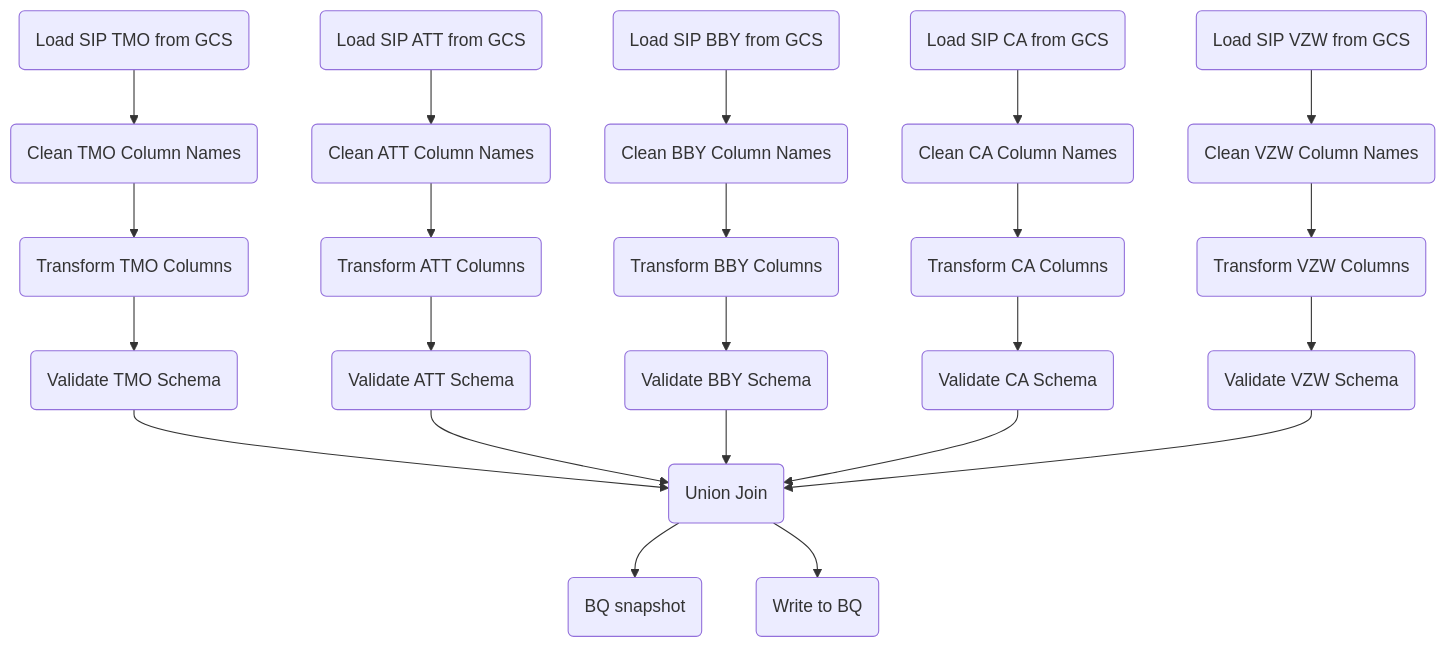
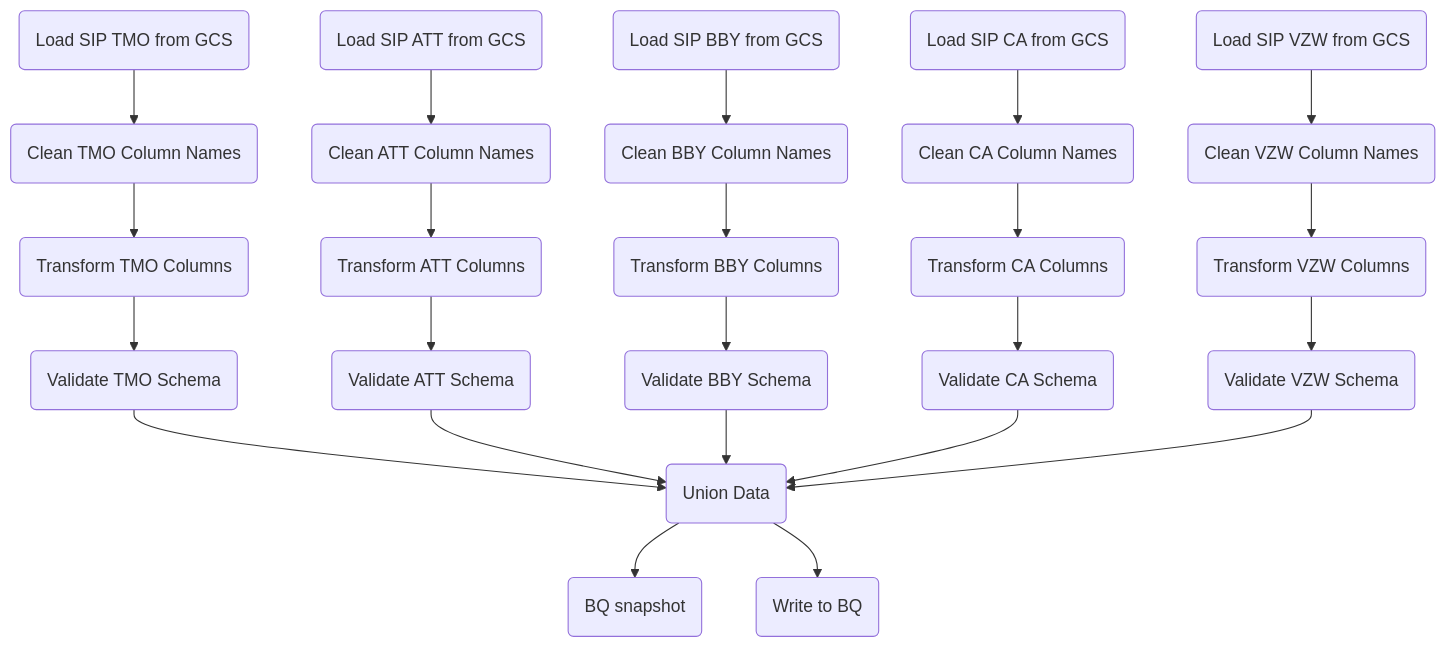
One commit to CarrierOps/1P-Wiki changed the diagram in documentation/pipelines/sip.md. Above: the diagram before and after it, drawn with Mermaid.

Commit message:
small edit to sip

````diff
--- a/documentation/pipelines/sip.md
+++ b/documentation/pipelines/sip.md
@@ -3,62 +3,62 @@
 ```mermaid
 flowchart TD
 
 id1_tmo(Load SIP TMO from GCS)
 id2_tmo(Clean TMO Column Names)
 id3_tmo(Transform TMO Columns)
 id4_tmo(Validate TMO Schema)
 id1_tmo --> id2_tmo--> id3_tmo-->id4_tmo
 
 id1_att(Load SIP ATT from GCS)
 id2_att(Clean ATT Column Names)
 id3_att(Transform ATT Columns)
 id4_att(Validate ATT Schema)
 id1_att --> id2_att--> id3_att-->id4_att
 
 id1_bby(Load SIP BBY from GCS)
 id2_bby(Clean BBY Column Names)
 id3_bby(Transform BBY Columns)
 id4_bby(Validate BBY Schema)
 id1_bby --> id2_bby--> id3_bby-->id4_bby
 
 id1_ca(Load SIP CA from GCS)
 id2_ca(Clean CA Column Names)
 id3_ca(Transform CA Columns)
 id4_ca(Validate CA Schema)
 id1_ca --> id2_ca--> id3_ca-->id4_ca
 
 
 id1_vzw(Load SIP VZW from GCS)
 id2_vzw(Clean VZW Column Names)
 id3_vzw(Transform VZW Columns)
 id4_vzw(Validate VZW Schema)
 id1_vzw --> id2_vzw--> id3_vzw-->id4_vzw
 
 
-id_join(Union Join)
+id_join(Union Data)
 
 id4_tmo --> id_join
 id4_att --> id_join
 id4_bby --> id_join
 id4_ca --> id_join
 id4_vzw --> id_join
 
 id_join --> id_bq(BQ snapshot)
 id_join--> id_bq2(Write to BQ)
 
 
 
 
 
 
 
 
 
 
 
 
 
 
 
 
 ```
````
